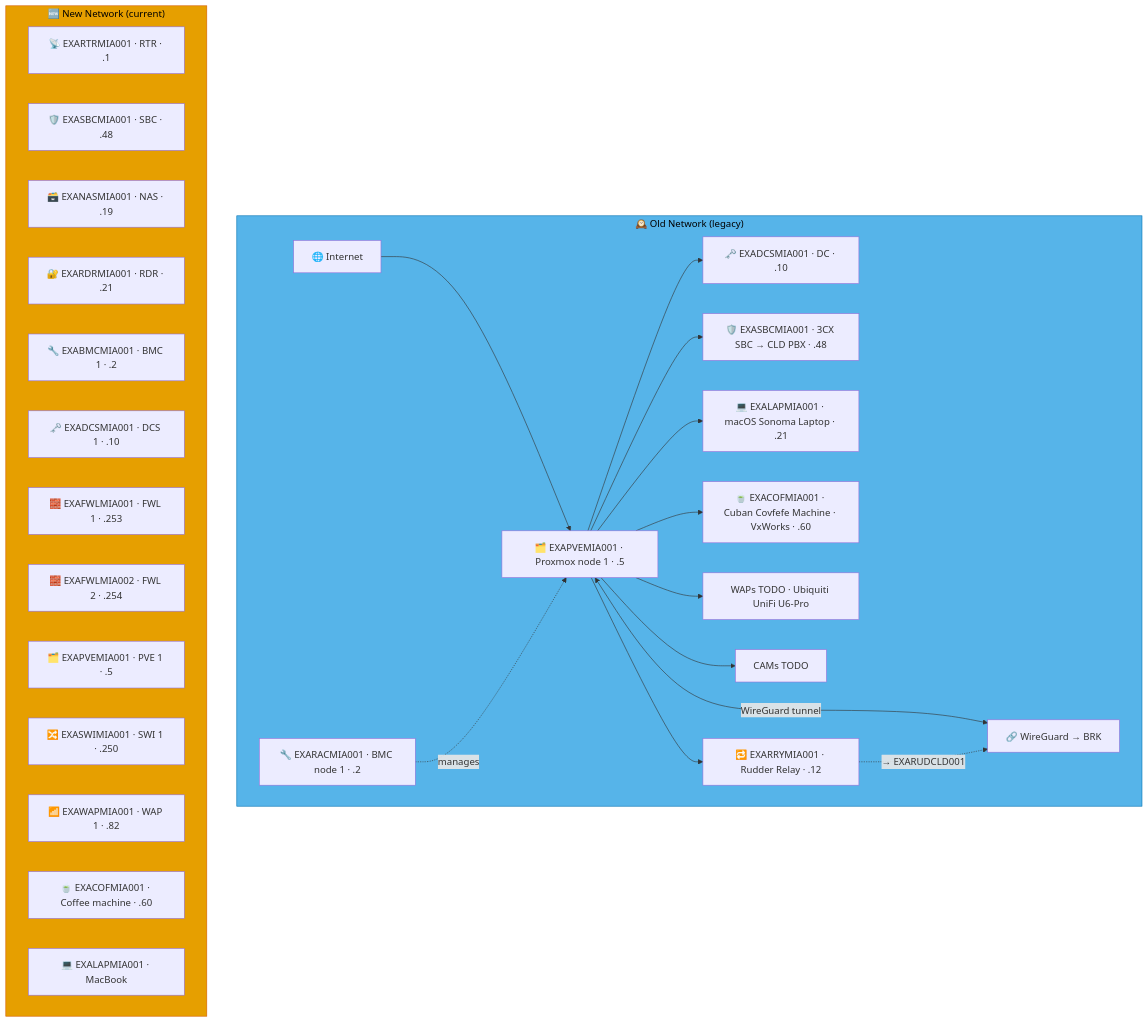
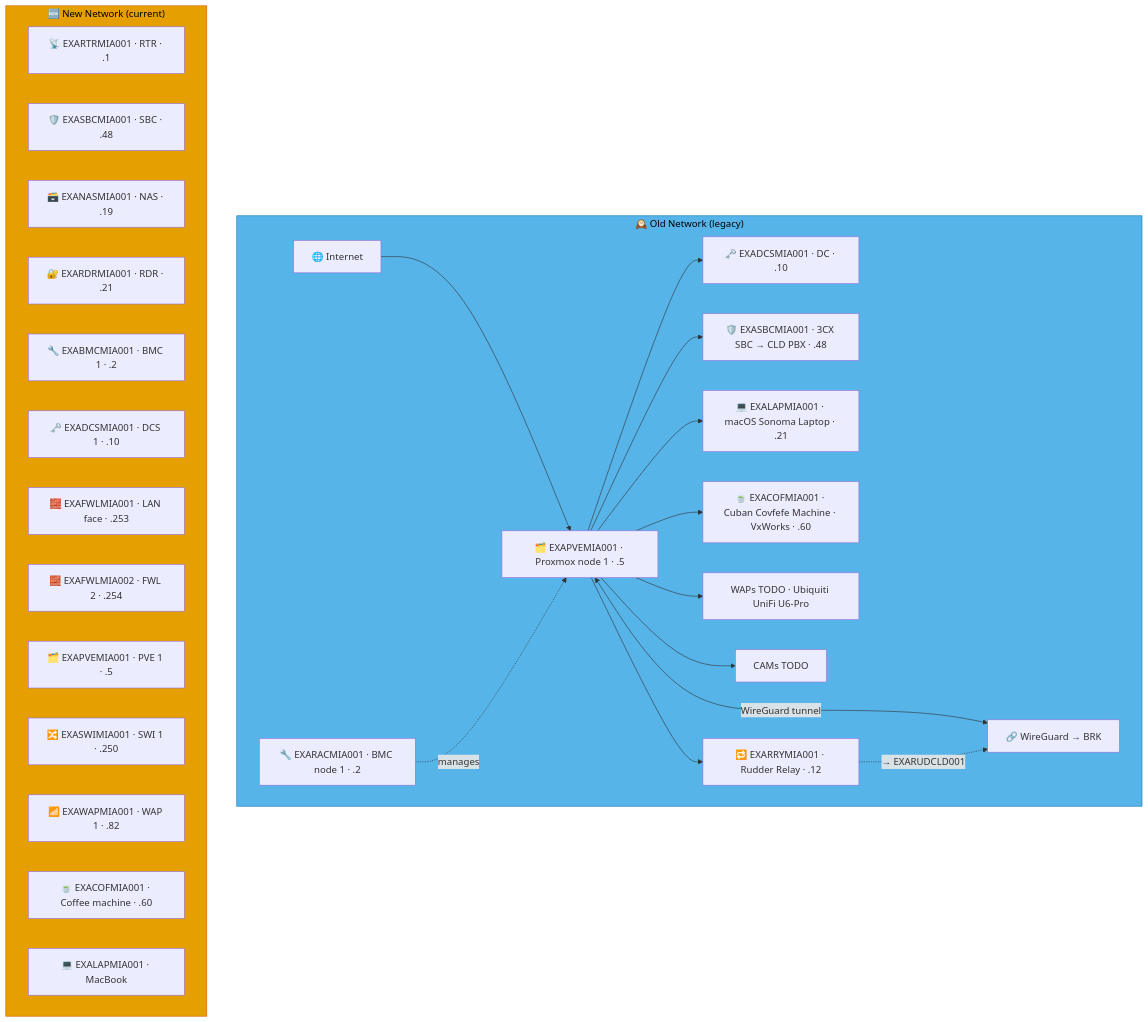
One commit to knightmare2600/example_music_infra changed the fourth of 8 diagrams in docs/network-diagram/united-states.md. Above: the diagram before and after it, drawn with Mermaid. The commit also changed other lines of this file and 17 other files, not shown here.

````diff
--- a/docs/network-diagram/united-states.md
+++ b/docs/network-diagram/united-states.md
@@ -196,43 +196,43 @@
 ```mermaid
 graph TD
     subgraph OLD_MIA ["🕰️ Old Network (legacy)"]
       INET["🌐 Internet"]
       RAC["🔧 EXARACMIA001 · BMC node 1 · .2"]
       PVE["🗂️ EXAPVEMIA001 · Proxmox node 1 · .5"]
       DC["🗝️ EXADCSMIA001 · DC · .10"]
       SBC["🛡️ EXASBCMIA001 · 3CX SBC → CLD PBX · .48"]
       RRY["🔁 EXARRYMIA001 · Rudder Relay · .12"]
       LAP["💻 EXALAPMIA001 · macOS Sonoma Laptop · .21"]
       COF["🍵 EXACOFMIA001 · Cuban Covfefe Machine · VxWorks · .60"]
       WAP["WAPs TODO · Ubiquiti UniFi U6-Pro"]
       CAM["CAMs TODO"]
       VPN["🔗 WireGuard → BRK"]
 
       INET --> PVE --> DC & SBC
       RAC -.->|"manages"| PVE
       PVE --> LAP & COF & WAP & CAM
       PVE <-->|"WireGuard tunnel"| VPN
 
       PVE --> RRY
       RRY -. "→ EXARUDCLD001" .-> VPN
     end
     style OLD_MIA fill:#56B4E9,stroke:#0072B2,color:#000000
     %% GENERATED:NEW-NETWORK:MIA:START
     subgraph NEW_MIA ["🆕 New Network (current)"]
       N_RTR["📡 EXARTRMIA001 · RTR · .1"]
       N_SBC["🛡️ EXASBCMIA001 · SBC · .48"]
       N_NAS["🗃️ EXANASMIA001 · NAS · .19"]
       N_RDR["🔐 EXARDRMIA001 · RDR · .21"]
       N_BMC["🔧 EXABMCMIA001 · BMC 1 · .2"]
       N_DCS["🗝️ EXADCSMIA001 · DCS 1 · .10"]
-      N_FWL["🧱 EXAFWLMIA001 · FWL 1 · .253"]
+      N_FWL["🧱 EXAFWLMIA001 · LAN face · .253"]
       N_FWL2["🧱 EXAFWLMIA002 · FWL 2 · .254"]
       N_PVE["🗂️ EXAPVEMIA001 · PVE 1 · .5"]
       N_SWI["🔀 EXASWIMIA001 · SWI 1 · .250"]
       N_WAP["📶 EXAWAPMIA001 · WAP 1 · .82"]
       N_COF["🍵 EXACOFMIA001 · Coffee machine · .60"]
       N_LAP["💻 EXALAPMIA001 · MacBook"]
     end
     style NEW_MIA fill:#E69F00,stroke:#D55E00,color:#000000
     %% GENERATED:NEW-NETWORK:MIA:END
 ```
````
